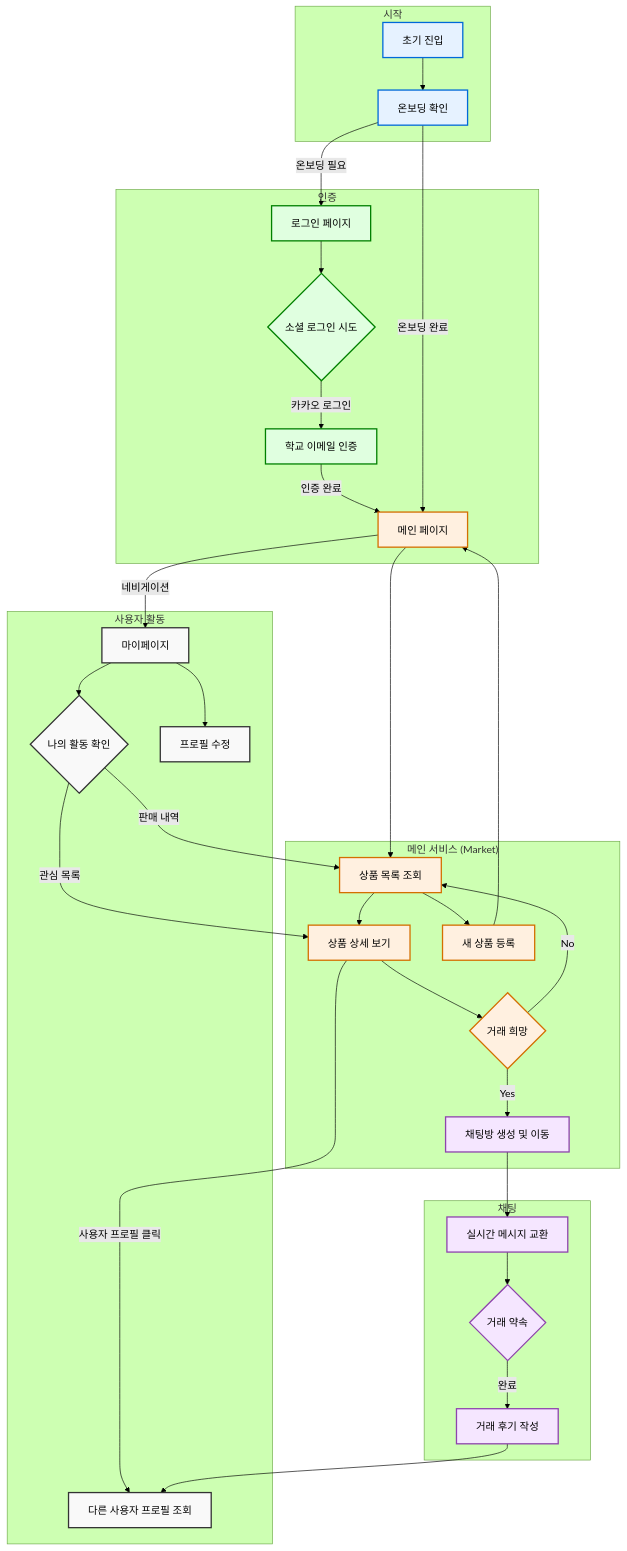
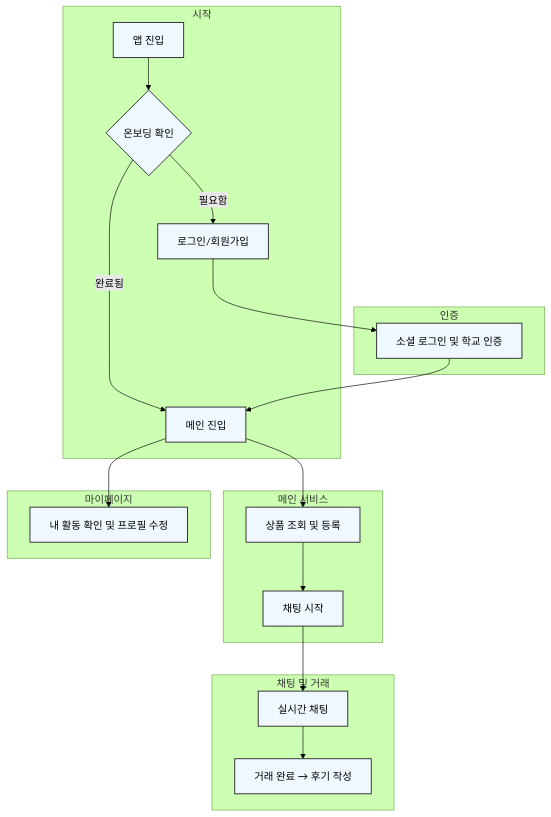
The diagram in README.md (FRONTENDBOOTCAMP-13th/Final-03-SEMO), drawn with Mermaid (forest theme) before and after one commit.

Commit message:
📄 docs: 리드미 flow 수정

````diff
--- a/README.md
+++ b/README.md
@@ -31,53 +31,31 @@
 ```mermaid
 flowchart TD
     subgraph "시작"
-        A[초기 진입] --> B[온보딩 확인]
+        A[앱 진입] --> B{온보딩 확인}
+        B -- 필요함 --> C[로그인/회원가입]
+        B -- 완료됨 --> D[메인 진입]
     end
 
     subgraph "인증"
-        C[로그인 페이지] --> D{소셜 로그인 시도}
-        D -- 카카오 로그인 --> E[학교 이메일 인증]
-        E -- 인증 완료 --> F[메인 페이지]
+        C --> E[소셜 로그인 및 학교 인증]
+        E --> D
     end
 
-    subgraph "메인 서비스 (Market)"
-        F --> G[상품 목록 조회]
-        G --> H[상품 상세 보기]
-        H --> I{거래 희망}
-        I -- Yes --> J[채팅방 생성 및 이동]
-        I -- No --> G
-        G --> K[새 상품 등록]
-        K --> F
+    subgraph "메인 서비스"
+        D --> F[상품 조회 및 등록]
+        F --> G[채팅 시작]
     end
 
-    subgraph "사용자 활동"
-        F -- 네비게이션 --> L[마이페이지]
-        L --> M{나의 활동 확인}
-        M -- 판매 내역 --> G
-        M -- 관심 목록 --> H
-        L --> N[프로필 수정]
-        H -- 사용자 프로필 클릭 --> O[다른 사용자 프로필 조회]
+    subgraph "채팅 및 거래"
+        G --> H[실시간 채팅]
+        H --> I[거래 완료 → 후기 작성]
     end
 
-    subgraph "채팅"
-        J --> P[실시간 메시지 교환]
-        P --> Q{거래 약속}
-        Q -- 완료 --> R[거래 후기 작성]
-        R --> O
+    subgraph "마이페이지"
+        D --> J[내 활동 확인 및 프로필 수정]
     end
 
-    B -- 온보딩 필요 --> C
-    B -- 온보딩 완료 --> F
+    classDef section fill:#f0f8ff,stroke:#333,stroke-width:1.5px;
+    class A,B,C,D,E,F,G,H,I,J section;
 
-    classDef start fill:#e6f2ff,stroke:#0069d9,stroke-width:2px;
-    classDef auth fill:#e0ffe0,stroke:#008000,stroke-width:2px;
-    classDef main fill:#fff0e0,stroke:#d46f00,stroke-width:2px;
-    classDef activity fill:#f9f9f9,stroke:#333,stroke-width:2px;
-    classDef chat fill:#f5e6ff,stroke:#8e44ad,stroke-width:2px;
-
-    class A,B start;
-    class C,D,E auth;
-    class F,G,H,I,K main;
-    class L,M,N,O activity;
-    class J,P,Q,R chat;
 ```
````
